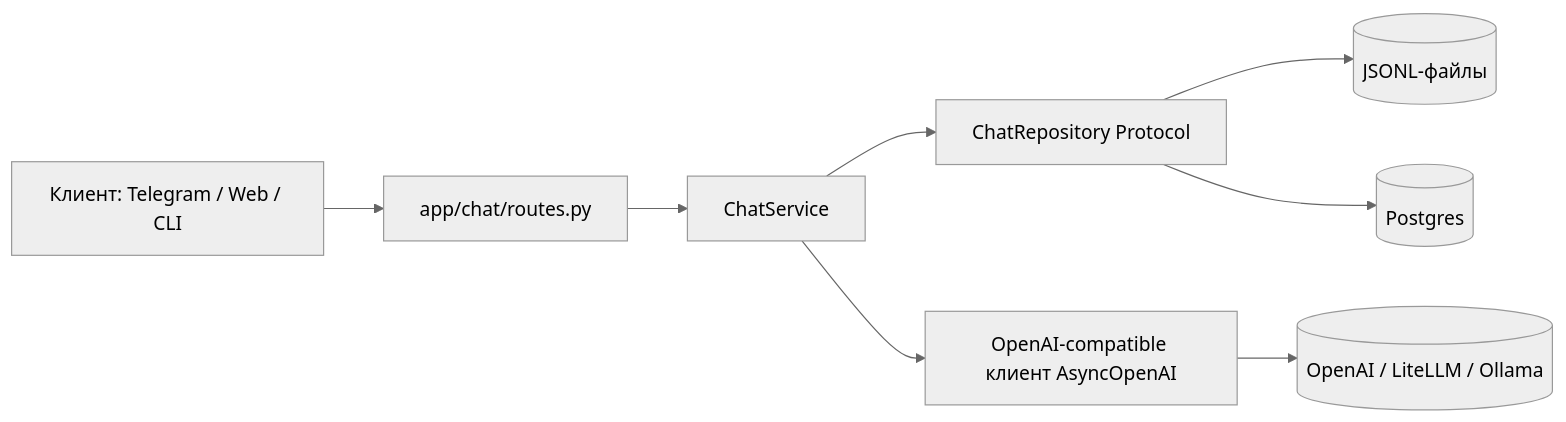
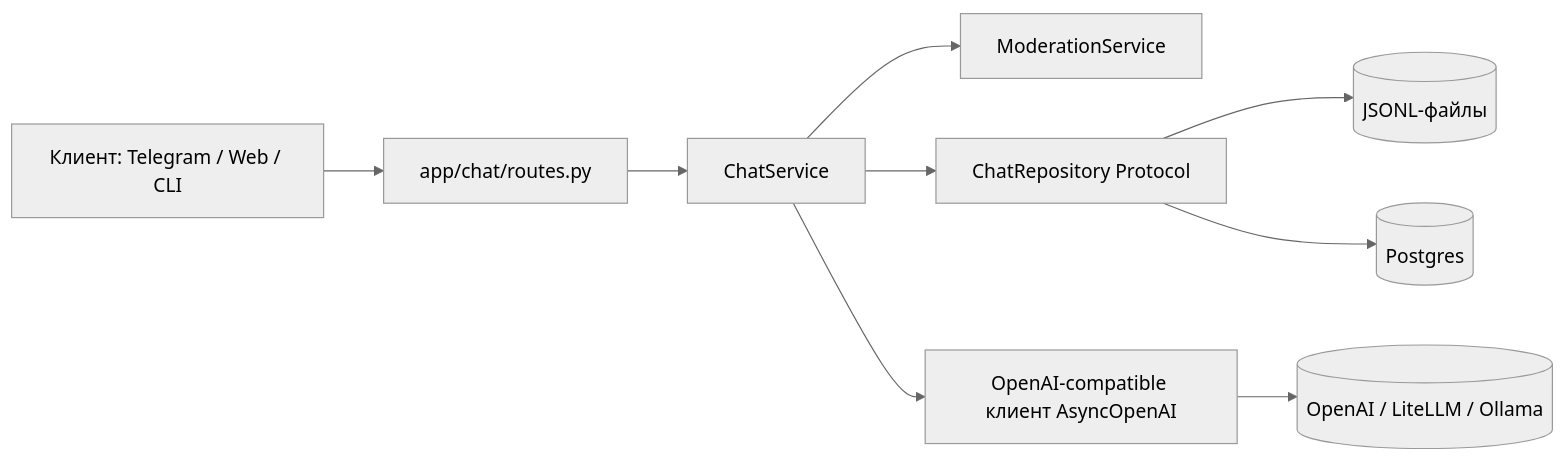
The diagram in docs/chat.md (Frolls/Review_assistant), drawn with Mermaid (neutral theme) before and after one commit. The commit also changed other lines of this file and 25 other files, not shown here.

````diff
--- a/docs/chat.md
+++ b/docs/chat.md
@@ -5,19 +5,21 @@
 ```mermaid
 flowchart LR
     Client[Клиент: Telegram / Web / CLI]
     Routes[app/chat/routes.py]
     Service[ChatService]
+    Moderation[ModerationService]
     Repo[ChatRepository Protocol]
     Json[(JSONL-файлы)]
     Postgres[(Postgres)]
     LLM[OpenAI-compatible клиент AsyncOpenAI]
     OpenAI[(OpenAI / LiteLLM / Ollama)]
 
     Client --> Routes
     Routes --> Service
+    Service --> Moderation
     Service --> Repo
     Service --> LLM
     Repo --> Json
     Repo --> Postgres
     LLM --> OpenAI
 ```
````
